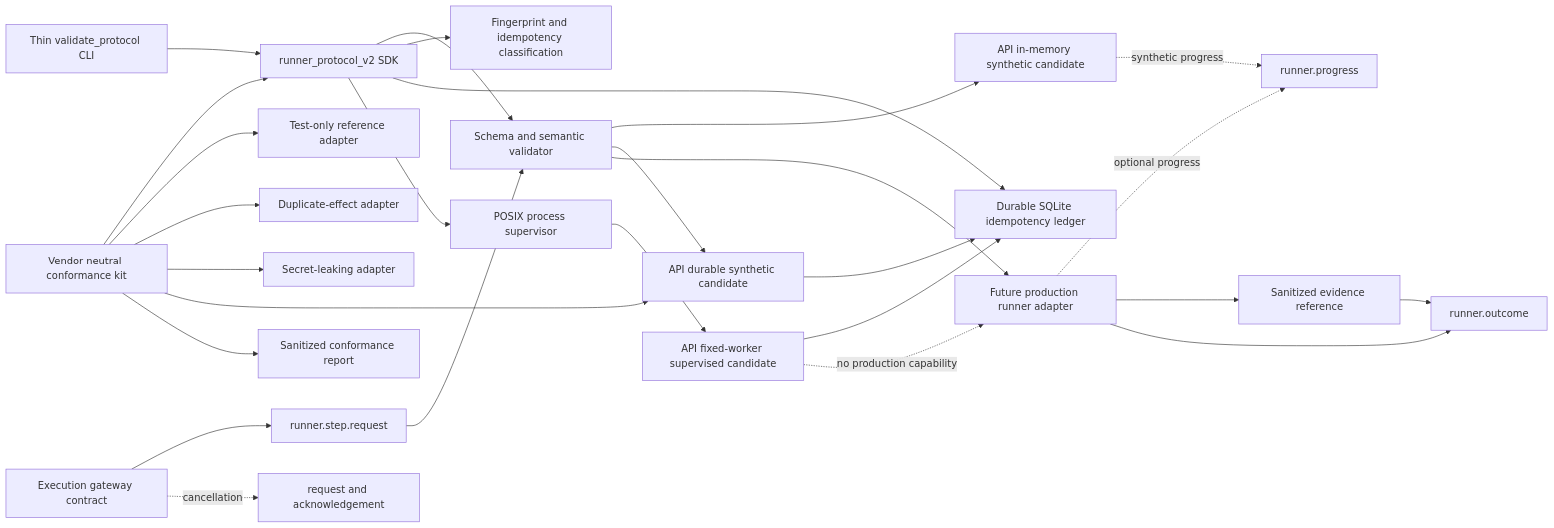
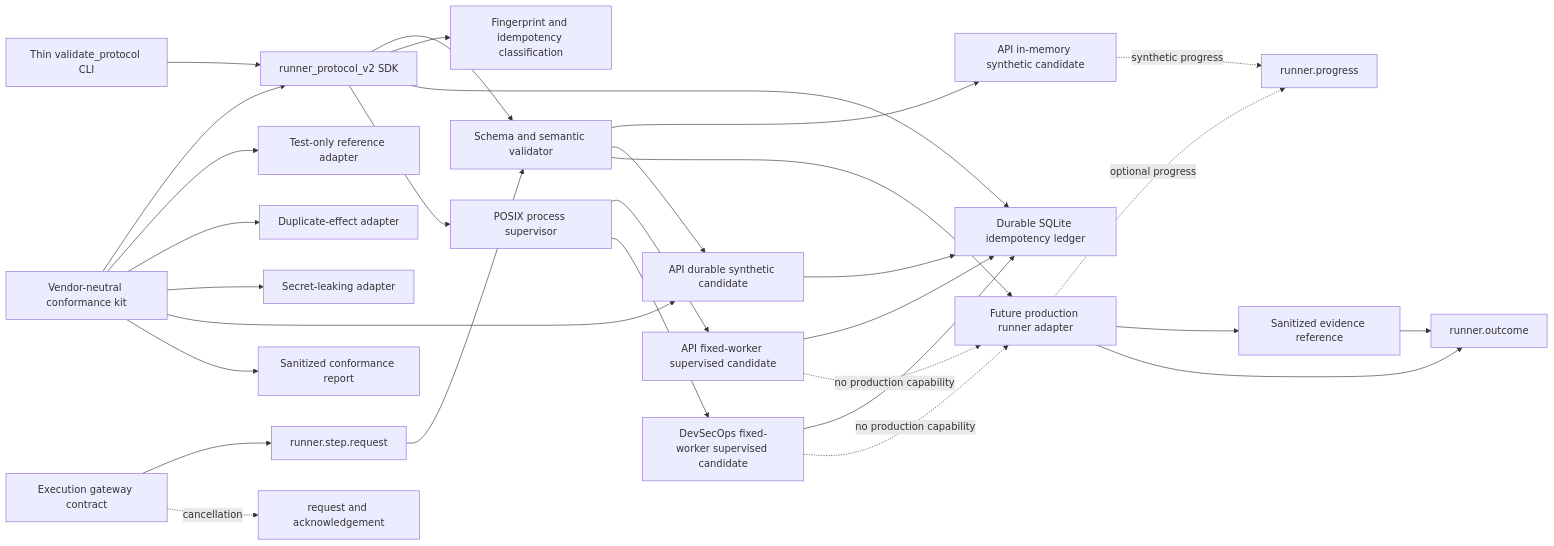
Before and after one commit to pestoura/hermes-security-labs: the second of 2 diagrams in docs/roadmap/epics/EPIC-05-runner-protocol-v2.md, drawn with Mermaid. The commit also changed other lines of this file and 6 other files, not shown here.

Commit message:
docs(epic-05): record DevSecOps synthetic portability as-built

````diff
--- a/docs/roadmap/epics/EPIC-05-runner-protocol-v2.md
+++ b/docs/roadmap/epics/EPIC-05-runner-protocol-v2.md
@@ -421,29 +455,32 @@
 ```mermaid
 flowchart LR
   SDK[runner_protocol_v2 SDK] --> VAL[Schema and semantic validator]
   SDK --> IDEM[Fingerprint and idempotency classification]
   SDK --> LEDGER[Durable SQLite idempotency ledger]
   SDK --> SUP[POSIX process supervisor]
   CLI[Thin validate_protocol CLI] --> SDK
   KIT[Vendor-neutral conformance kit] --> SDK
   GW[Execution gateway contract] --> REQ[runner.step.request]
   REQ --> VAL
   VAL --> API[API in-memory synthetic candidate]
   VAL --> DAPI[API durable synthetic candidate]
   DAPI --> LEDGER
   VAL --> RUN[Future production runner adapter]
   SUP --> SAPI[API fixed-worker supervised candidate]
+  SUP --> SDEV[DevSecOps fixed-worker supervised candidate]
   SAPI --> LEDGER
+  SDEV --> LEDGER
   SAPI -. no production capability .-> RUN
+  SDEV -. no production capability .-> RUN
   API -. synthetic progress .-> PROG[runner.progress]
   RUN -. optional progress .-> PROG
   GW -. cancellation .-> CANCEL[request and acknowledgement]
   RUN --> EV[Sanitized evidence reference]
   RUN --> OUT[runner.outcome]
   EV --> OUT
   KIT --> REF[Test-only reference adapter]
   KIT --> BAD1[Duplicate-effect adapter]
   KIT --> BAD2[Secret-leaking adapter]
   KIT --> DAPI
   KIT --> REPORT[Sanitized conformance report]
 ```
````
